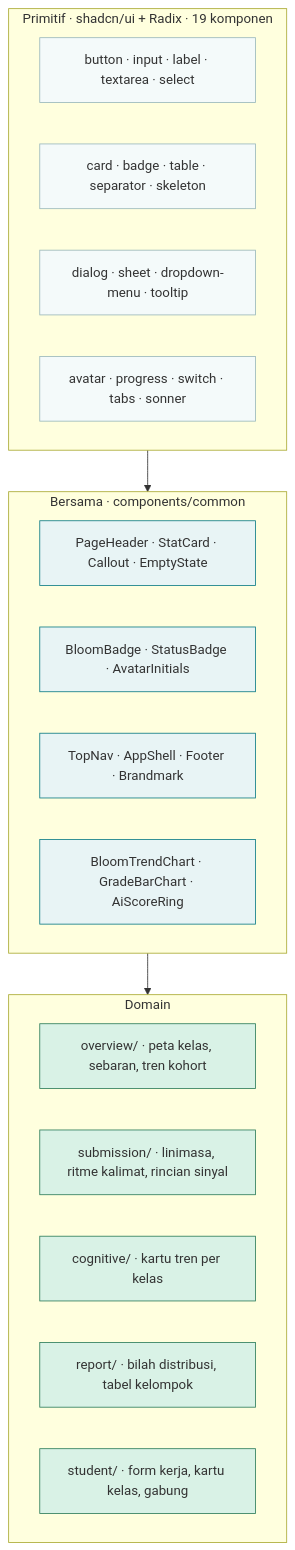
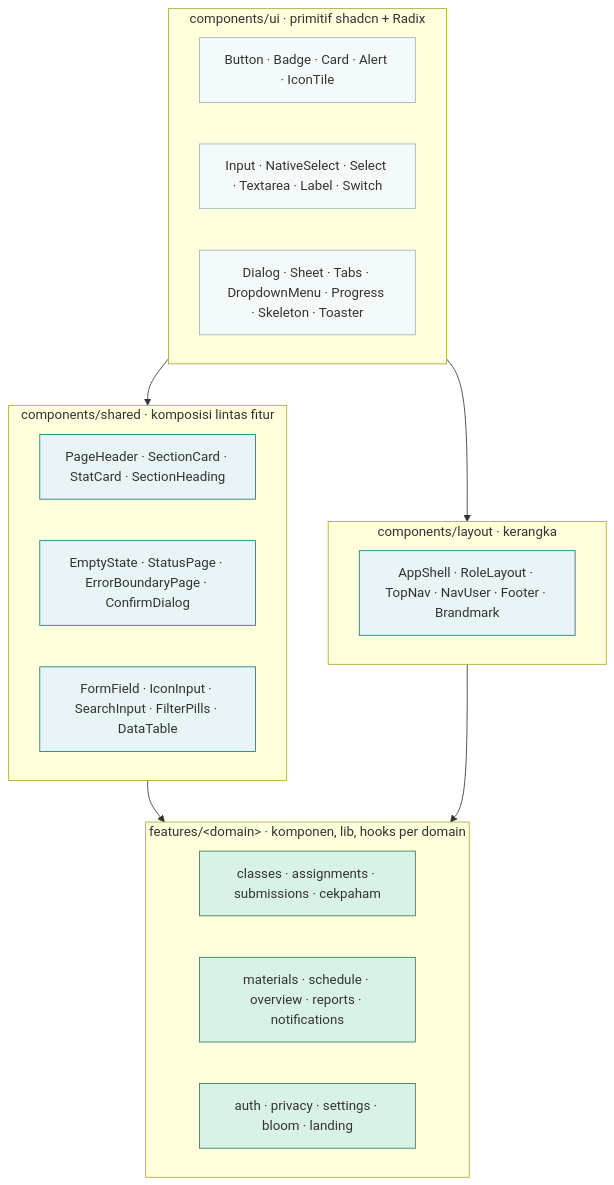
The second of 4 diagrams in diagram/06-design-system.md (FadhRach/ThinkPath), drawn with Mermaid before and after one commit. The commit also changed other lines of this file and 449 other files, not shown here.

````diff
--- a/diagram/06-design-system.md
+++ b/diagram/06-design-system.md
@@ -91,34 +104,35 @@
 ```mermaid
 flowchart TB
-    subgraph P["Primitif · shadcn/ui + Radix · 19 komponen"]
+    subgraph P["components/ui · primitif shadcn + Radix"]
         direction LR
-        P1["button · input · label · textarea · select"]
-        P2["card · badge · table · separator · skeleton"]
-        P3["dialog · sheet · dropdown-menu · tooltip"]
-        P4["avatar · progress · switch · tabs · sonner"]
+        P1["Button · Badge · Card · Alert · IconTile"]
+        P2["Input · NativeSelect · Select · Textarea · Label · Switch"]
+        P3["Dialog · Sheet · Tabs · DropdownMenu · Progress · Skeleton · Toaster"]
     end
 
-    subgraph C["Bersama · components/common"]
-        C1["PageHeader · StatCard · Callout · EmptyState"]
-        C2["BloomBadge · StatusBadge · AvatarInitials"]
-        C3["TopNav · AppShell · Footer · Brandmark"]
-        C4["BloomTrendChart · GradeBarChart · AiScoreRing"]
+    subgraph C["components/shared · komposisi lintas fitur"]
+        C1["PageHeader · SectionCard · StatCard · SectionHeading"]
+        C2["EmptyState · StatusPage · ErrorBoundaryPage · ConfirmDialog"]
+        C3["FormField · IconInput · SearchInput · FilterPills · DataTable"]
     end
 
-    subgraph D["Domain"]
-        D1["overview/ · peta kelas, sebaran, tren kohort"]
-        D2["submission/ · linimasa, ritme kalimat, rincian sinyal"]
-        D3["cognitive/ · kartu tren per kelas"]
-        D4["report/ · bilah distribusi, tabel kelompok"]
-        D5["student/ · form kerja, kartu kelas, gabung"]
+    subgraph L["components/layout · kerangka"]
+        L1["AppShell · RoleLayout · TopNav · NavUser · Footer · Brandmark"]
+    end
+
+    subgraph D["features/&lt;domain&gt; · komponen, lib, hooks per domain"]
+        D1["classes · assignments · submissions · cekpaham"]
+        D2["materials · schedule · overview · reports · notifications"]
+        D3["auth · privacy · settings · bloom · landing"]
     end
 
     P --> C --> D
+    P --> L --> D
 
     classDef prim fill:#F4FAFA,stroke:#9AB8BB
     classDef com fill:#E8F4F5,stroke:#0E7C86
     classDef dom fill:#D9F2E6,stroke:#2E7D5B
-    class P1,P2,P3,P4 prim
-    class C1,C2,C3,C4 com
-    class D1,D2,D3,D4,D5 dom
+    class P1,P2,P3 prim
+    class C1,C2,C3,L1 com
+    class D1,D2,D3 dom
 ```
````
